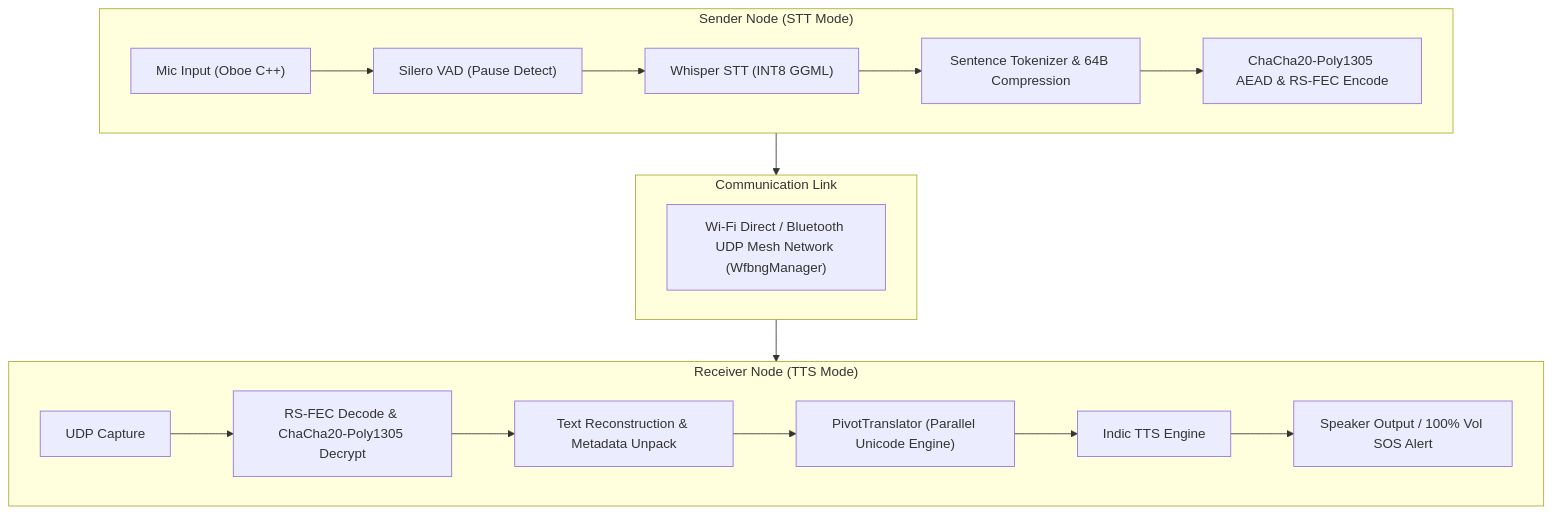
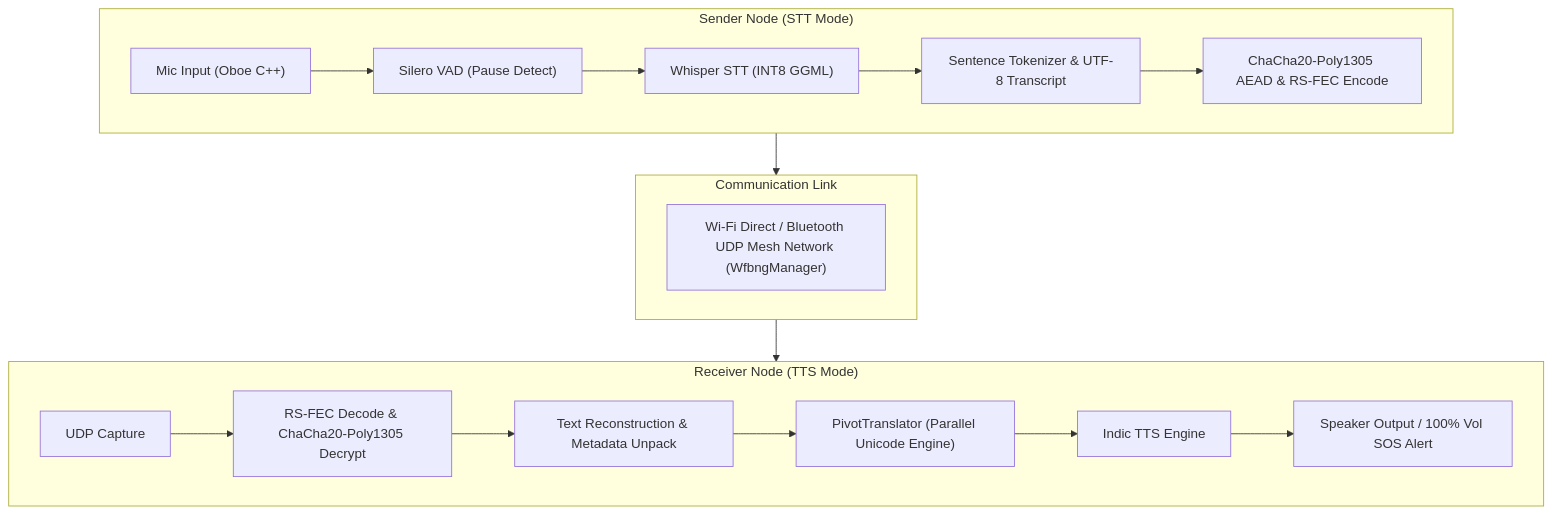
The diagram in ppt.md (Janaki1711/SIH2026), drawn with Mermaid before and after one commit. The commit also changed other lines of this file and 6 other files, not shown here.

````diff
--- a/ppt.md
+++ b/ppt.md
@@ -90,24 +90,24 @@
 ```mermaid
 flowchart TD
     subgraph SENDER ["Sender Node (STT Mode)"]
         A1["Mic Input (Oboe C++)"] --> A2["Silero VAD (Pause Detect)"]
         A2 --> A3["Whisper STT (INT8 GGML)"]
-        A3 --> A4["Sentence Tokenizer & 64B Compression"]
+        A3 --> A4["Sentence Tokenizer & UTF-8 Transcript"]
         A4 --> A5["ChaCha20-Poly1305 AEAD & RS-FEC Encode"]
     end
 
     subgraph MESH ["Communication Link"]
         B1["Wi-Fi Direct / Bluetooth UDP Mesh Network (WfbngManager)"]
     end
 
     subgraph RECEIVER ["Receiver Node (TTS Mode)"]
         C1["UDP Capture"] --> C2["RS-FEC Decode & ChaCha20-Poly1305 Decrypt"]
         C2 --> C3["Text Reconstruction & Metadata Unpack"]
         C3 --> C4["PivotTranslator (Parallel Unicode Engine)"]
         C4 --> C5["Indic TTS Engine"]
         C5 --> C6["Speaker Output / 100% Vol SOS Alert"]
     end
 
     SENDER --> MESH
     MESH --> RECEIVER
 ```
````
